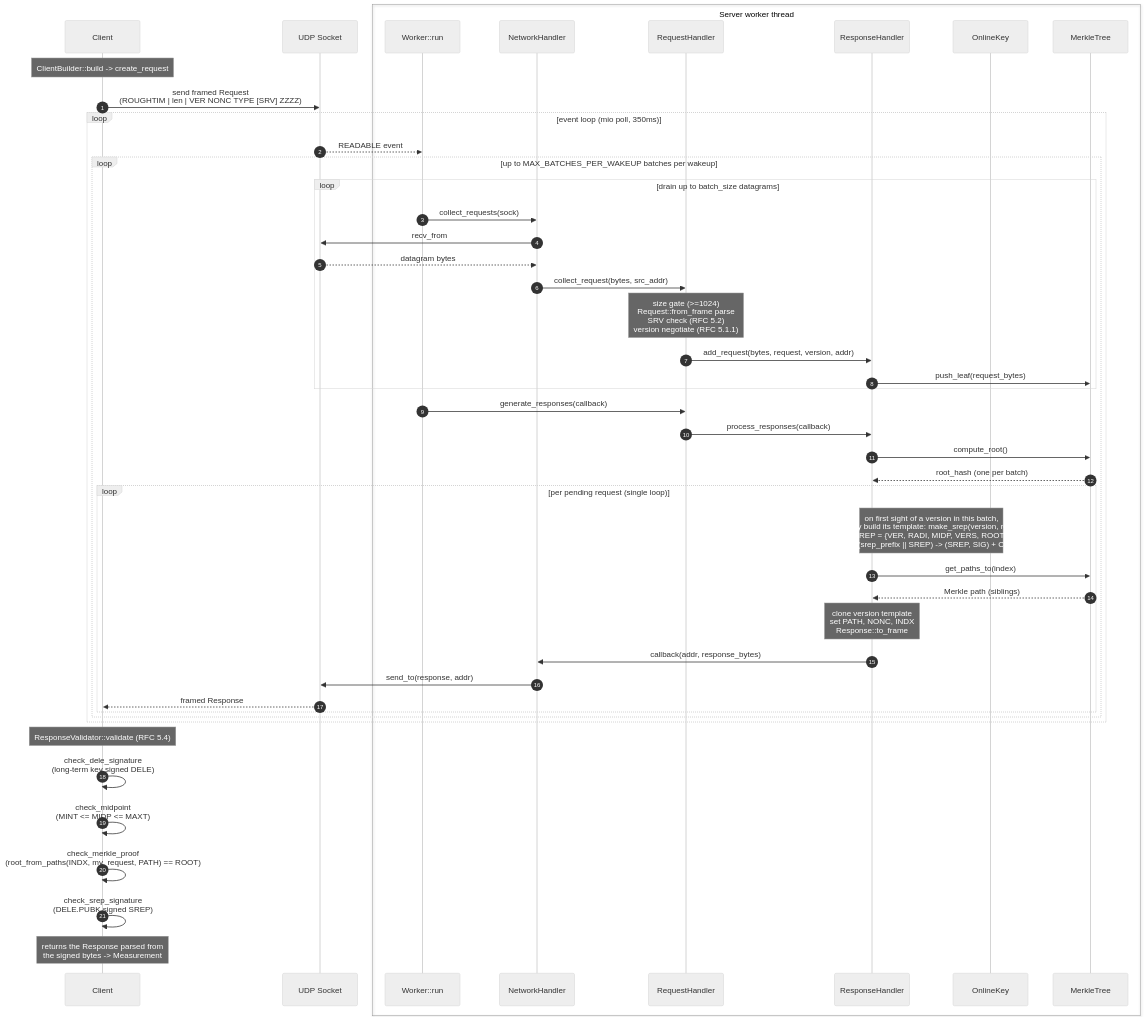
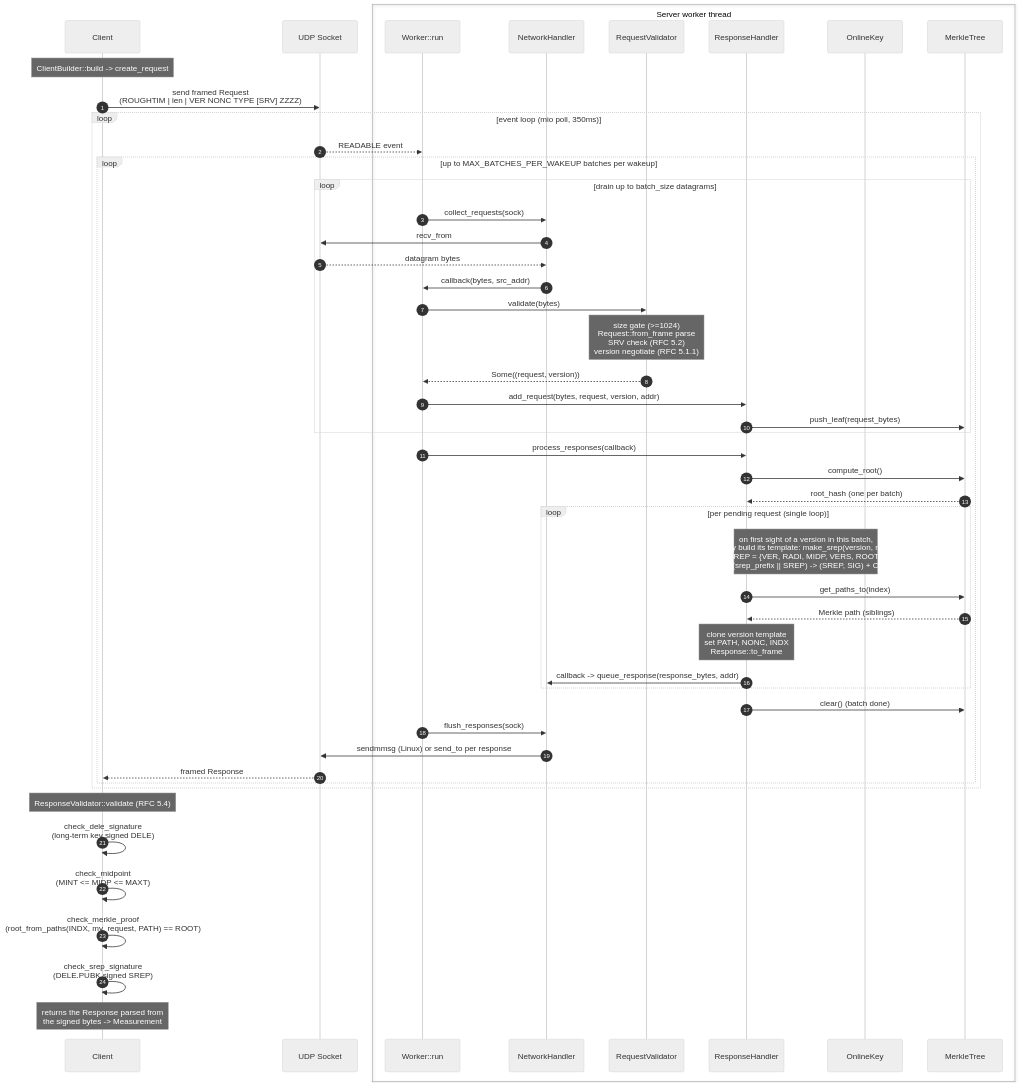
Before and after one commit to int08h/roughenough: the diagram in doc/REQUEST-FLOW.md, drawn with Mermaid (neutral theme). The commit also changed other lines of this file and 8 other files, not shown here.

First line of the commit message:
server: replace RequestHandler with RequestValidator

````diff
--- a/doc/REQUEST-FLOW.md
+++ b/doc/REQUEST-FLOW.md
@@ -29,53 +29,56 @@
 ```mermaid
 sequenceDiagram
     autonumber
     participant C as Client
     participant Sock as UDP Socket
     box Server worker thread
         participant W as Worker::run
         participant N as NetworkHandler
-        participant RH as RequestHandler
+        participant RV as RequestValidator
         participant RS as ResponseHandler
         participant K as OnlineKey
         participant M as MerkleTree
     end
 
     Note over C: ClientBuilder::build -> create_request
     C->>Sock: send framed Request<br/>(ROUGHTIM | len | VER NONC TYPE [SRV] ZZZZ)
 
     loop event loop (mio poll, 350ms)
         Sock-->>W: READABLE event
         loop up to MAX_BATCHES_PER_WAKEUP batches per wakeup
             loop drain up to batch_size datagrams
                 W->>N: collect_requests(sock)
                 N->>Sock: recv_from
                 Sock-->>N: datagram bytes
-                N->>RH: collect_request(bytes, src_addr)
-                Note over RH: size gate (>=1024)<br/>Request::from_frame parse<br/>SRV check (RFC 5.2)<br/>version negotiate (RFC 5.1.1)
-                RH->>RS: add_request(bytes, request, version, addr)
+                N->>W: callback(bytes, src_addr)
+                W->>RV: validate(bytes)
+                Note over RV: size gate (>=1024)<br/>Request::from_frame parse<br/>SRV check (RFC 5.2)<br/>version negotiate (RFC 5.1.1)
+                RV-->>W: Some((request, version))
+                W->>RS: add_request(bytes, request, version, addr)
                 RS->>M: push_leaf(request_bytes)
             end
 
-            W->>RH: generate_responses(callback)
-            RH->>RS: process_responses(callback)
+            W->>RS: process_responses(callback)
             RS->>M: compute_root()
             M-->>RS: root_hash (one per batch)
             loop per pending request (single loop)
                 Note over RS,K: on first sight of a version in this batch,<br/>lazily build its template: make_srep(version, root),<br/>SREP = {VER, RADI, MIDP, VERS, ROOT},<br/>sign(srep_prefix || SREP) -> (SREP, SIG) + CERT
                 RS->>M: get_paths_to(index)
                 M-->>RS: Merkle path (siblings)
                 Note over RS: clone version template<br/>set PATH, NONC, INDX<br/>Response::to_frame
-                RS->>N: callback(addr, response_bytes)
-                N->>Sock: send_to(response, addr)
-                Sock-->>C: framed Response
+                RS->>N: callback -> queue_response(response_bytes, addr)
             end
+            RS->>M: clear() (batch done)
+            W->>N: flush_responses(sock)
+            N->>Sock: sendmmsg (Linux) or send_to per response
+            Sock-->>C: framed Response
         end
     end
 
     Note over C: ResponseValidator::validate (RFC 5.4)
     C->>C: check_dele_signature<br/>(long-term key signed DELE)
     C->>C: check_midpoint<br/>(MINT <= MIDP <= MAXT)
     C->>C: check_merkle_proof<br/>(root_from_paths(INDX, my_request, PATH) == ROOT)
     C->>C: check_srep_signature<br/>(DELE.PUBK signed SREP)
     Note over C: returns the Response parsed from<br/>the signed bytes -> Measurement
 ```
````
